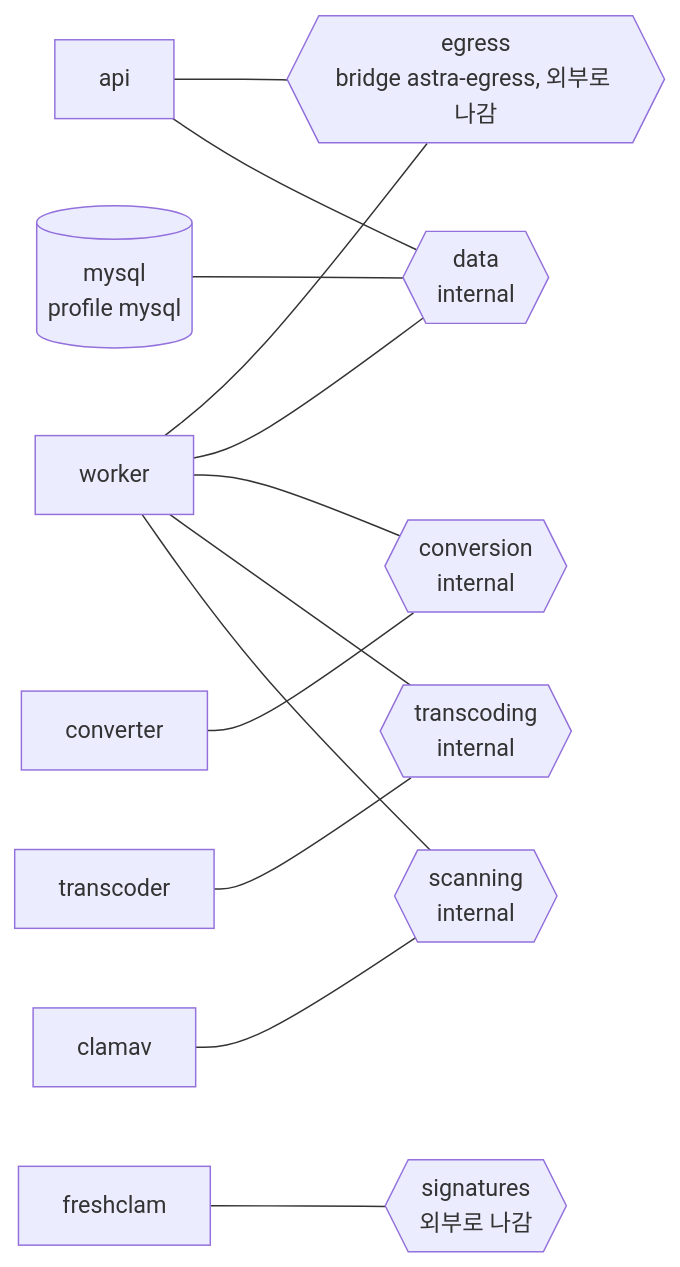
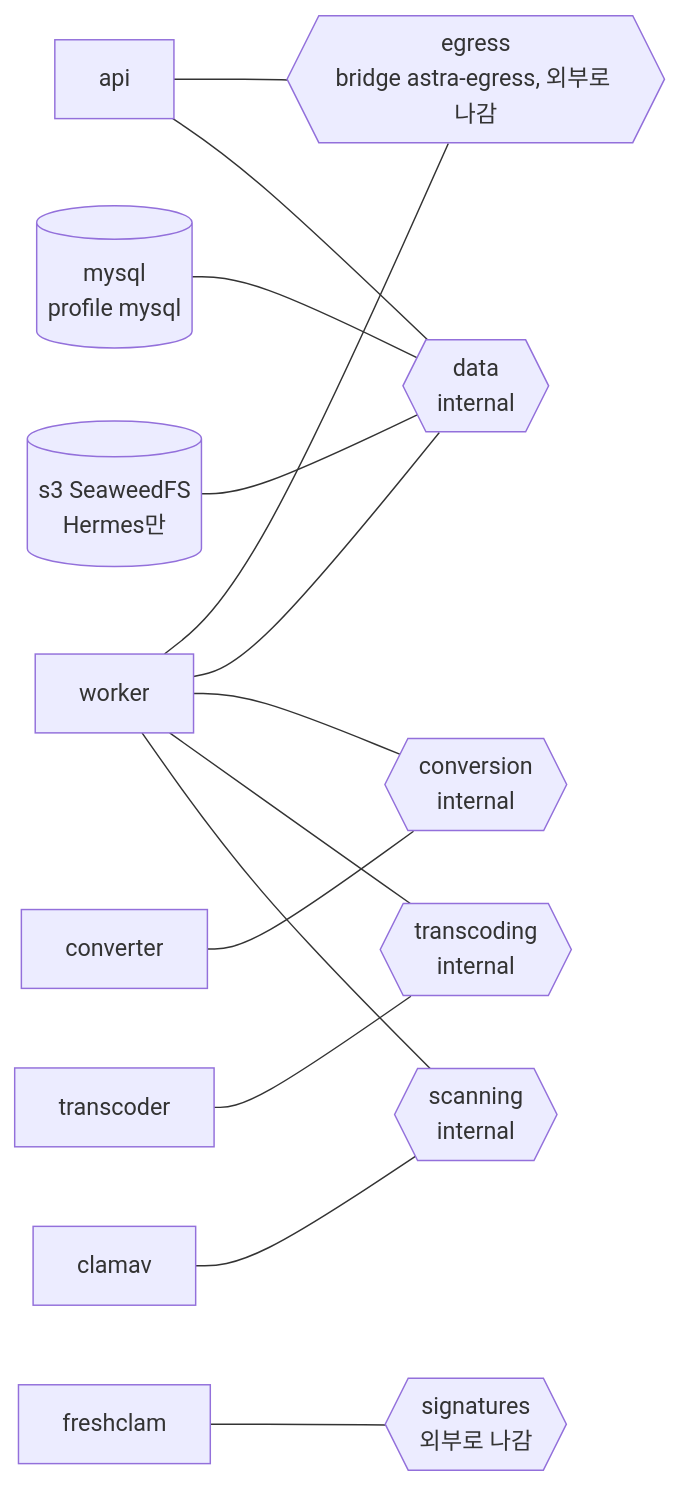
The third of 19 diagrams in backend/docs/c4.md (2026ENDPoinT/team13), drawn with Mermaid before and after one commit. The commit also changed other lines of this file and 1 other file, not shown here.

````diff
--- a/backend/docs/c4.md
+++ b/backend/docs/c4.md
@@ -110,28 +115,30 @@
 ```mermaid
 flowchart LR
   API["api"]
   WK["worker"]
   CV["converter"]
   TC["transcoder"]
   AV["clamav"]
   FC["freshclam"]
   DB[("mysql<br/>profile mysql")]
+  S3[("s3 SeaweedFS<br/>Hermes만")]
   NE{{"egress<br/>bridge astra-egress, 외부로 나감"}}
   NS{{"signatures<br/>외부로 나감"}}
   ND{{"data<br/>internal"}}
   NC{{"conversion<br/>internal"}}
   NT{{"transcoding<br/>internal"}}
   NX{{"scanning<br/>internal"}}
   API --- NE
   API --- ND
   WK --- NE
   WK --- ND
   WK --- NC
   WK --- NT
   WK --- NX
   DB --- ND
+  S3 --- ND
   CV --- NC
   TC --- NT
   AV --- NX
   FC --- NS
 ```
````
